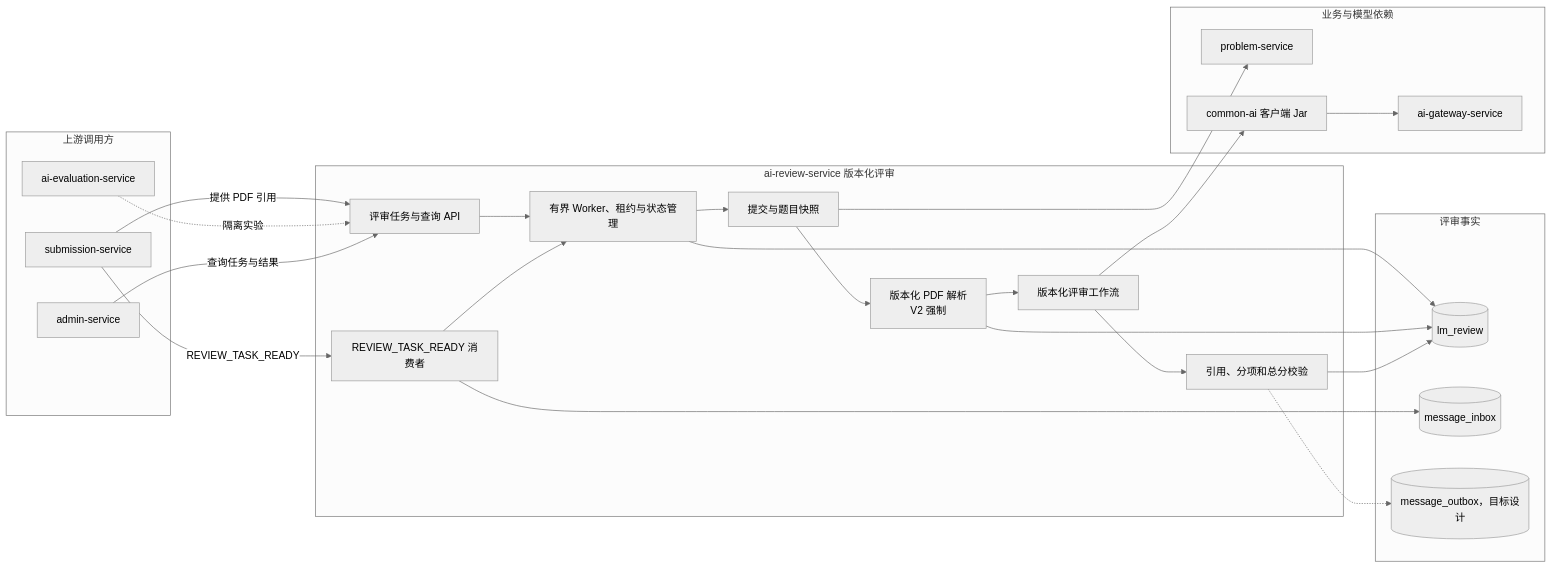
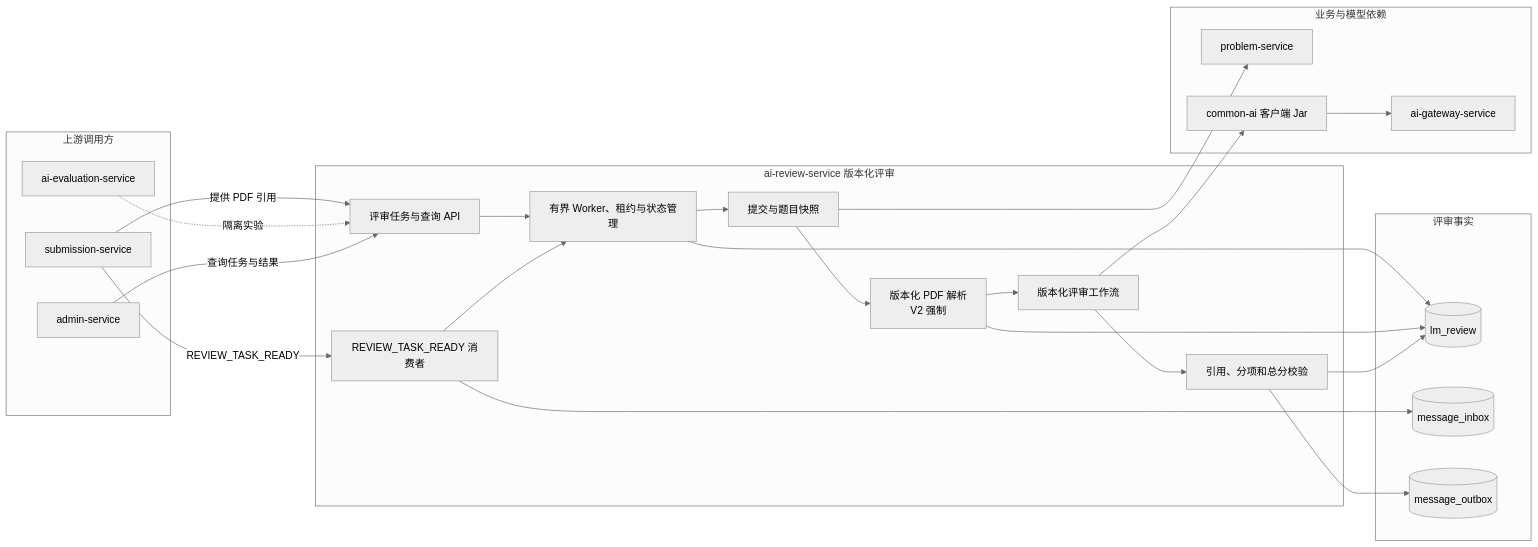
One commit to Dorian7Alden/LeetModel changed the diagram in docs/project/03-微服务设计/ai-review-service/README.md. Above: the diagram before and after it, drawn with Mermaid (neutral theme). The commit also changed other lines of this file and 4 other files, not shown here.

````diff
--- a/docs/project/03-微服务设计/ai-review-service/README.md
+++ b/docs/project/03-微服务设计/ai-review-service/README.md
@@ -12,47 +12,47 @@
 ```mermaid
 flowchart LR
     subgraph callers["上游调用方"]
         submissionService["submission-service"]
         evaluationService["ai-evaluation-service"]
         adminService["admin-service"]
     end
 
     subgraph review["ai-review-service 版本化评审"]
         taskApi["评审任务与查询 API"]
         mqConsumer["REVIEW_TASK_READY 消费者"]
         scheduler["有界 Worker、租约与状态管理"]
         inputPreparation["提交与题目快照"]
         pdfParser["版本化 PDF 解析<br/>V2 强制"]
         workflow["版本化评审工作流"]
         resultValidation["引用、分项和总分校验"]
 
         taskApi --> scheduler
         mqConsumer --> scheduler
         scheduler --> inputPreparation
         inputPreparation --> pdfParser --> workflow --> resultValidation
     end
 
     subgraph dependencies["业务与模型依赖"]
         problemService["problem-service"]
         commonAi["common-ai 客户端 Jar"]
         aiGateway["ai-gateway-service"]
     end
 
     subgraph data["评审事实"]
         reviewDatabase[(lm_review)]
         messageInbox[(message_inbox)]
-        messageOutbox[(message_outbox，目标设计)]
+        messageOutbox[(message_outbox)]
     end
 
     submissionService -->|"提供 PDF 引用"| taskApi
     submissionService -->|"REVIEW_TASK_READY"| mqConsumer
     evaluationService -.->|"隔离实验"| taskApi
     adminService -->|"查询任务与结果"| taskApi
     inputPreparation --> problemService
     workflow --> commonAi --> aiGateway
     scheduler --> reviewDatabase
     pdfParser --> reviewDatabase
     resultValidation --> reviewDatabase
     mqConsumer --> messageInbox
-    resultValidation -.-> messageOutbox
+    resultValidation --> messageOutbox
 ```
````
